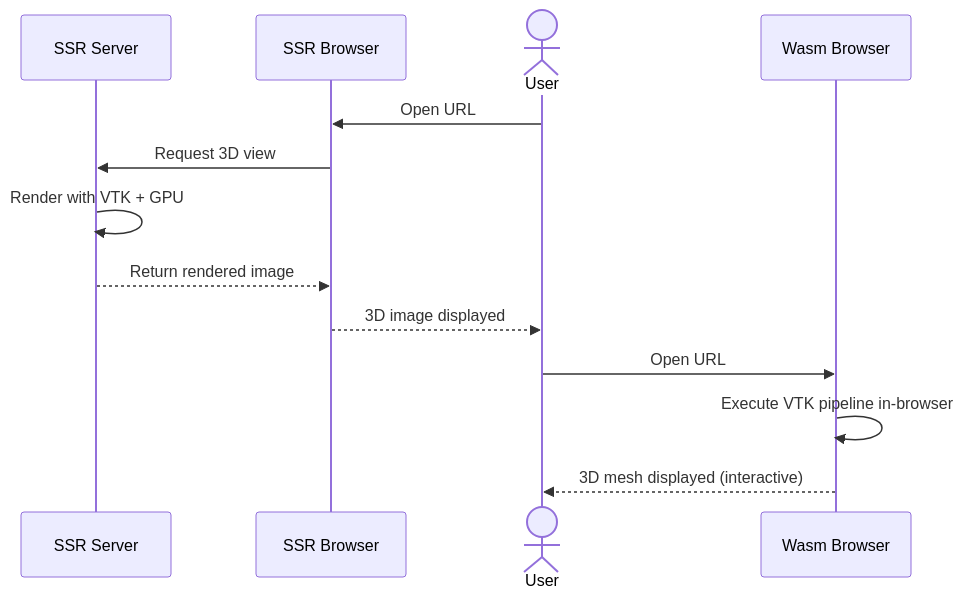
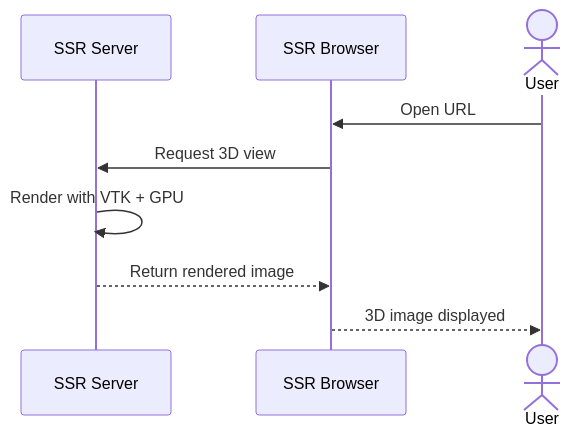
Before and after one commit to tkoyama010/pyvista-wasm: the second of 5 diagrams in slides/slides.md, drawn with Mermaid. The commit also changed other lines of this file, not shown here.

Commit message:
docs: split SSR and Wasm sequence diagrams with separate user actors

````diff
--- a/slides/slides.md
+++ b/slides/slides.md
@@ -265,17 +265,12 @@
-```mermaid {scale: 0.65}
+```mermaid {scale: 0.6}
 sequenceDiagram
     participant SSRS as SSR Server
     participant SSRB as SSR Browser
-    actor U as User
-    participant WASMB as Wasm Browser
+    actor U1 as User
 
-    U->>SSRB: Open URL
+    U1->>SSRB: Open URL
     SSRB->>SSRS: Request 3D view
     SSRS->>SSRS: Render with VTK + GPU
     SSRS-->>SSRB: Return rendered image
-    SSRB-->>U: 3D image displayed
-
-    U->>WASMB: Open URL
-    WASMB->>WASMB: Execute VTK pipeline in-browser
-    WASMB-->>U: 3D mesh displayed (interactive)
+    SSRB-->>U1: 3D image displayed
 ```
````
